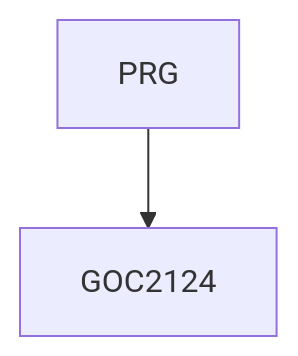
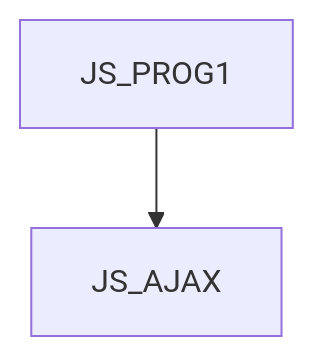
The diagram in JS_AJAX CZ.md (mbradic/gopas-osnovy), drawn with Mermaid before and after one commit. The commit also changed 31 other files, not shown here.

````diff
--- a/JS_AJAX CZ.md
+++ b/JS_AJAX CZ.md
@@ -7,4 +7,4 @@
 ```mermaid
 graph TD
-    PRG --> GOC2124
+    JS_PROG1 --> JS_AJAX
 ```
````
